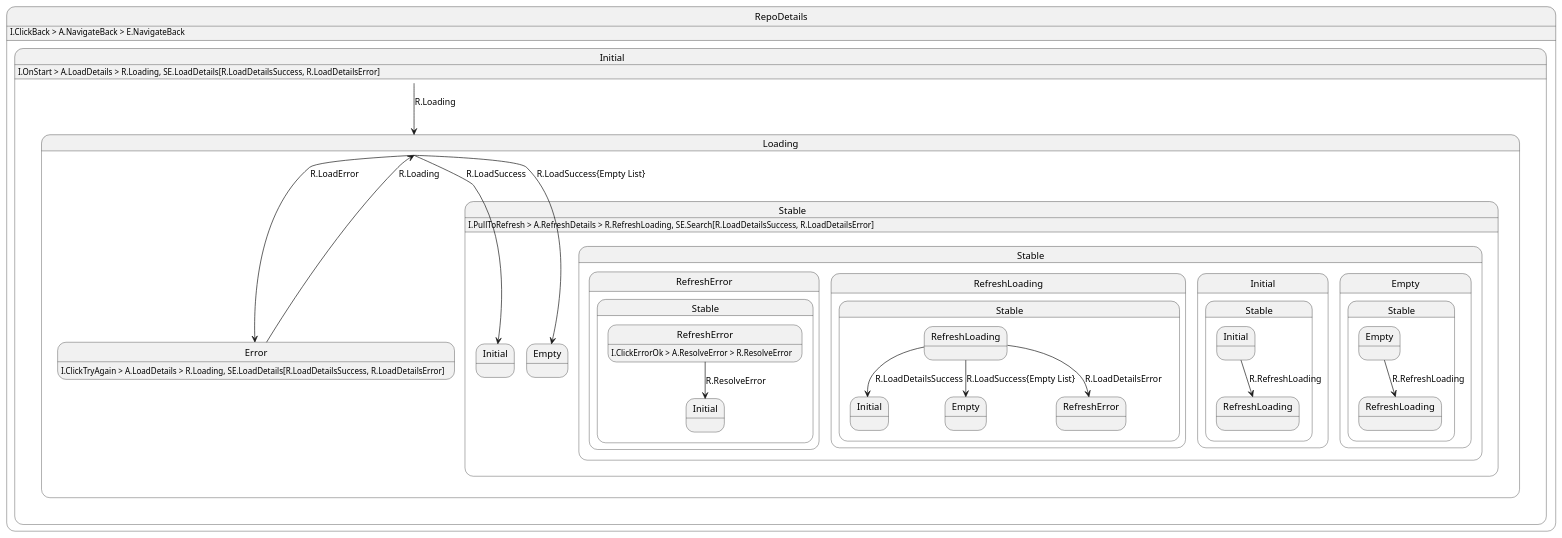
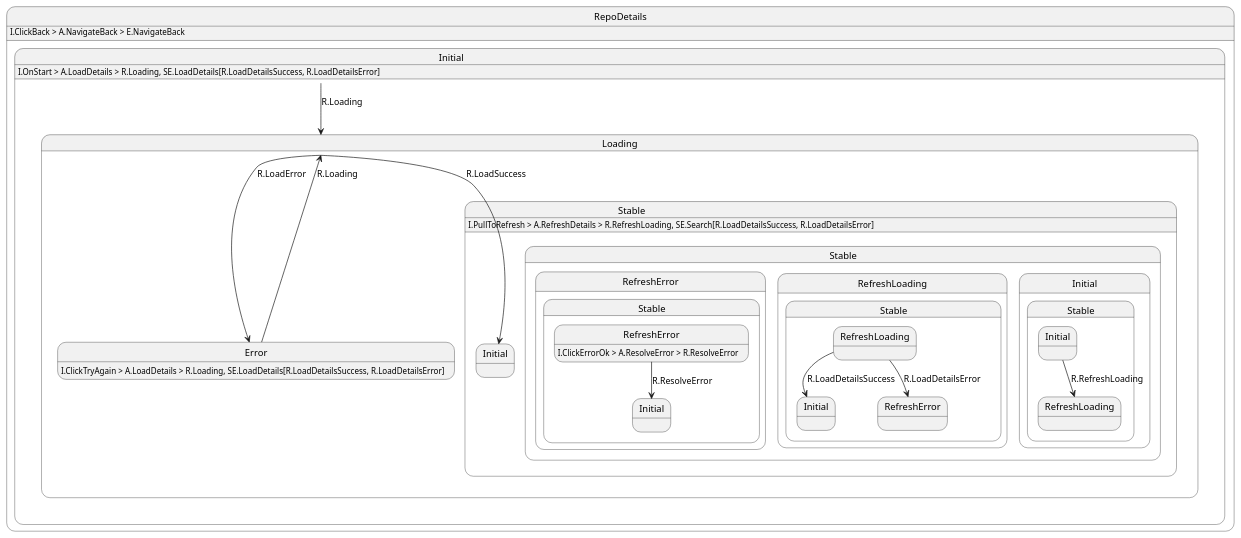
Before and after one commit to wasabi-muffin/github-sample-project: the diagram in presentation/src/main/kotlin/jp/co/yumemi/android/code_check/presentation/feature/details/repo/RepoDetails.pu, drawn with PlantUML. The commit also changed 2 other files, not shown here.

```diff
--- a/presentation/src/main/kotlin/jp/co/yumemi/android/code_check/presentation/feature/details/repo/RepoDetails.pu
+++ b/presentation/src/main/kotlin/jp/co/yumemi/android/code_check/presentation/feature/details/repo/RepoDetails.pu
@@ -1,47 +1,41 @@
 @startuml RepoDetails
 state RepoDetails {
     RepoDetails: I.ClickBack > A.NavigateBack > E.NavigateBack
 
     state Initial {
         Initial : I.OnStart > A.LoadDetails > R.Loading, SE.LoadDetails[R.LoadDetailsSuccess, R.LoadDetailsError]
 
         Initial --> Loading: R.Loading
     }
 
     state Loading {
         Loading --> Stable.Initial: R.LoadSuccess
-        Loading --> Stable.Empty: R.LoadSuccess{Empty List}
         Loading --> Error: R.LoadError
     }
 
     state Stable {
         Stable : I.PullToRefresh > A.RefreshDetails > R.RefreshLoading, SE.Search[R.LoadDetailsSuccess, R.LoadDetailsError]
-
-        state Stable.Empty {
-            Stable.Empty --> Stable.RefreshLoading : R.RefreshLoading
-        }
 
         state Stable.Initial {
             Stable.Initial --> Stable.RefreshLoading : R.RefreshLoading
         }
 
         state Stable.RefreshLoading {
             Stable.RefreshLoading --> Stable.Initial : R.LoadDetailsSuccess
-            Stable.RefreshLoading --> Stable.Empty : R.LoadSuccess{Empty List}
             Stable.RefreshLoading --> Stable.RefreshError : R.LoadDetailsError
         }
 
         state Stable.RefreshError {
             Stable.RefreshError : I.ClickErrorOk > A.ResolveError > R.ResolveError
 
             Stable.RefreshError --> Stable.Initial : R.ResolveError
         }
     }
 
     state Error {
         Error : I.ClickTryAgain > A.LoadDetails > R.Loading, SE.LoadDetails[R.LoadDetailsSuccess, R.LoadDetailsError]
 
         Error --> Loading : R.Loading
     }
 }
 @enduml
```
